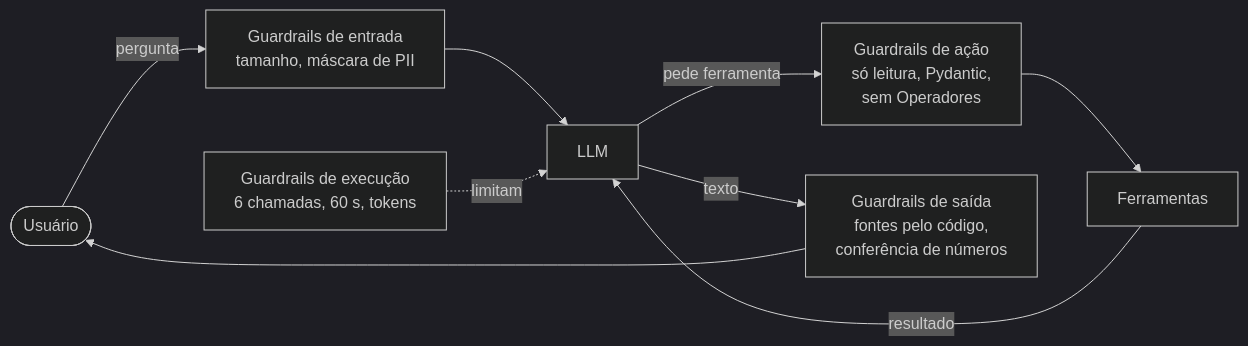
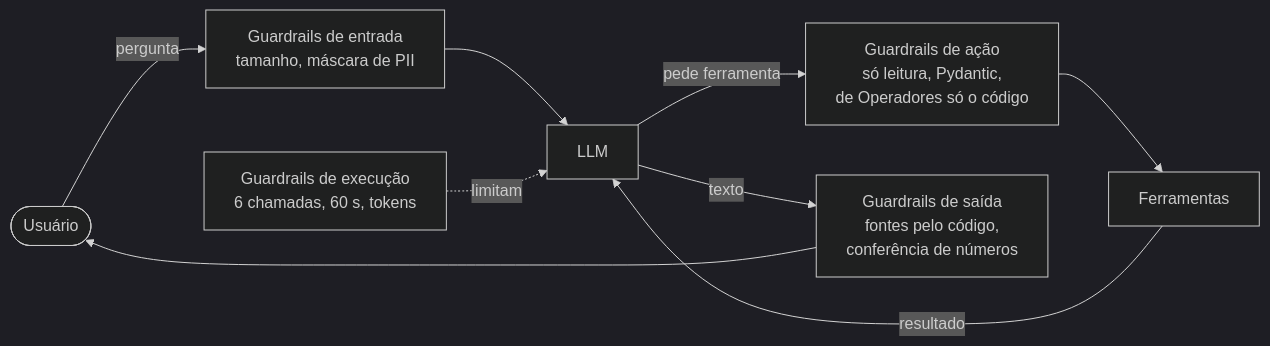
Before and after one commit to campagsi/data-science-ia: the first of 3 diagrams in docs/agente/guardrails-e-owasp.md, drawn with Mermaid (dark theme). The commit also changed other lines of this file and 46 other files, not shown here.

````diff
--- a/docs/agente/guardrails-e-owasp.md
+++ b/docs/agente/guardrails-e-owasp.md
@@ -51,11 +51,11 @@
 ```mermaid
 flowchart LR
     U([Usuário]) -->|pergunta| GE[Guardrails de entrada<br/>tamanho, máscara de PII]
     GE --> LLM[LLM]
-    LLM -->|pede ferramenta| GA[Guardrails de ação<br/>só leitura, Pydantic,<br/>sem Operadores]
+    LLM -->|pede ferramenta| GA[Guardrails de ação<br/>só leitura, Pydantic,<br/>de Operadores só o código]
     GA --> F[Ferramentas]
     F -->|resultado| LLM
     GX[Guardrails de execução<br/>6 chamadas, 60 s, tokens] -.->|limitam| LLM
     LLM -->|texto| GS[Guardrails de saída<br/>fontes pelo código,<br/>conferência de números]
     GS --> U
 ```
````
